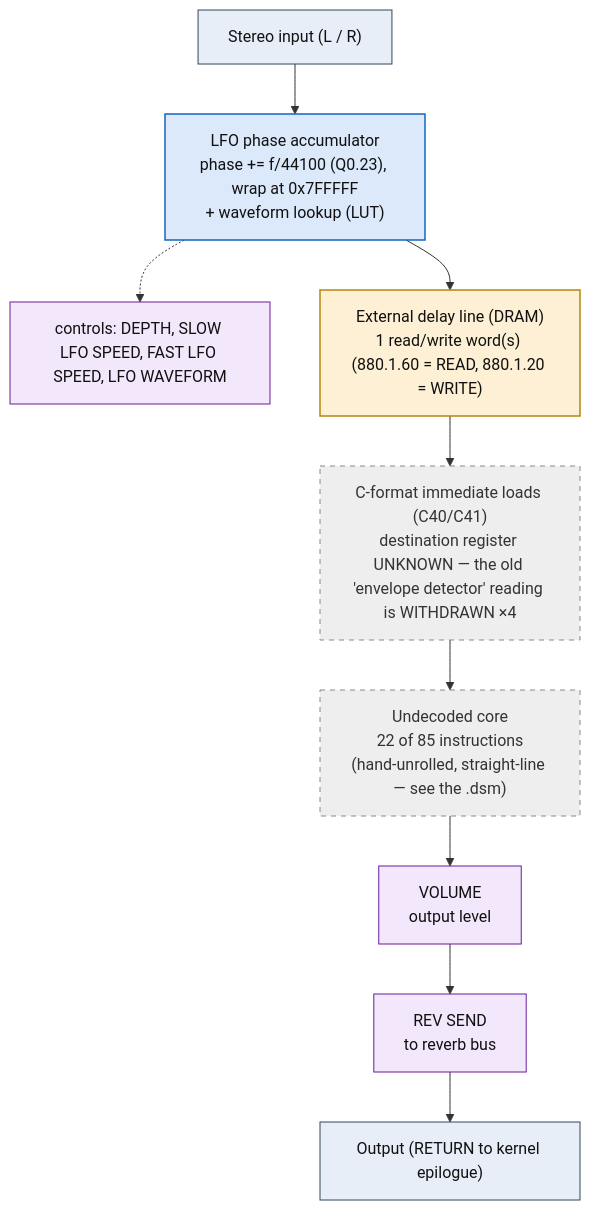
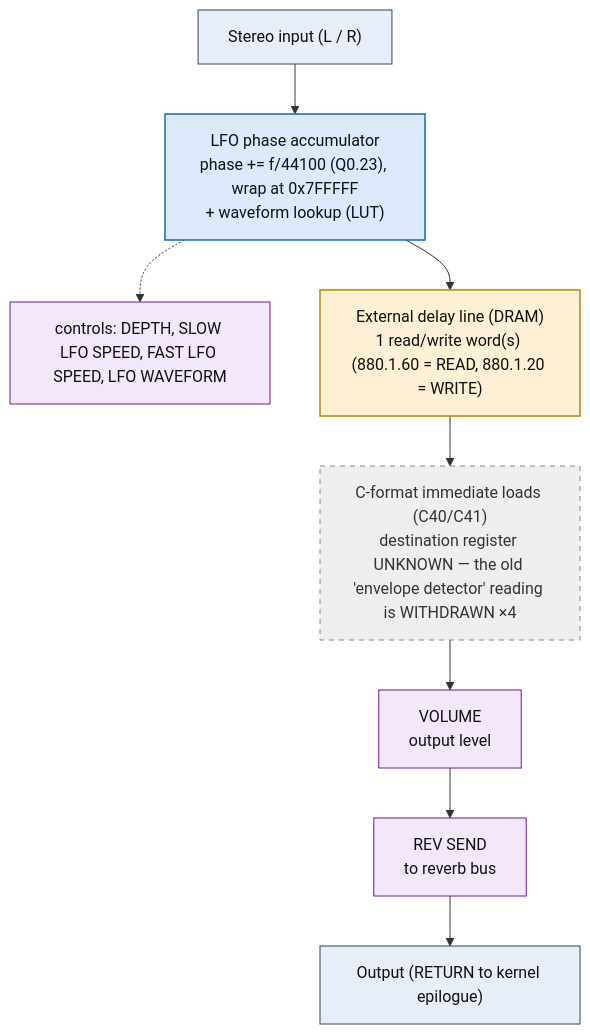
Before and after one commit to ArqueologiaDigital/kn5000-roms-disasm: the diagram in dsp/flowcharts/prog02_modulated_chorus.md, drawn with Mermaid. The commit also changed other lines of this file and 39 other files, not shown here.

First line of the commit message:
dsp: annotate all flowcharts with the classic effect topology each shape matches

````diff
--- a/dsp/flowcharts/prog02_modulated_chorus.md
+++ b/dsp/flowcharts/prog02_modulated_chorus.md
@@ -12,32 +12,30 @@
 ```mermaid
 flowchart TD
     N0["Stereo input (L / R)"]
     N1["LFO phase accumulator<br/>phase += f/44100 (Q0.23), wrap at 0x7FFFFF<br/>+ waveform lookup (LUT)"]
     N0 --> N1
     N2["controls: DEPTH, SLOW LFO SPEED, FAST LFO SPEED, LFO WAVEFORM"]
     N1 -.-> N2
     N3["External delay line (DRAM)<br/>1 read/write word(s) (880.1.60 = READ, 880.1.20 = WRITE)"]
     N1 --> N3
     N4["C-format immediate loads (C40/C41)<br/>destination register UNKNOWN &mdash; the old 'envelope detector' reading is WITHDRAWN &times;4"]
     N3 --> N4
-    N5["Undecoded core<br/>22 of 85 instructions<br/>(hand-unrolled, straight-line &mdash; see the .dsm)"]
+    N5["VOLUME<br/>output level"]
     N4 --> N5
-    N6["VOLUME<br/>output level"]
+    N6["REV SEND<br/>to reverb bus"]
     N5 --> N6
-    N7["REV SEND<br/>to reverb bus"]
+    N7["Output (RETURN to kernel epilogue)"]
     N6 --> N7
-    N8["Output (RETURN to kernel epilogue)"]
-    N7 --> N8
 
     classDef io fill:#e8eef7,stroke:#33475b,stroke-width:1px,color:#111;
     classDef proven fill:#d7f0d7,stroke:#2e7d32,stroke-width:2px,color:#111;
     classDef measured fill:#dbe9fb,stroke:#1565c0,stroke-width:1.5px,color:#111;
     classDef inferred fill:#fdf0d5,stroke:#b8860b,stroke-width:1.5px,color:#111;
     classDef open fill:#eeeeee,stroke:#888,stroke-width:1px,color:#333,stroke-dasharray:5 5;
     classDef ctrl fill:#f3e8fb,stroke:#6a1b9a,stroke-width:1px,color:#111;
-    class N0,N8 io;
+    class N0,N7 io;
     class N1 measured;
-    class N2,N6,N7 ctrl;
+    class N2,N5,N6 ctrl;
     class N3 inferred;
-    class N4,N5 open;
+    class N4 open;
 ```
````
